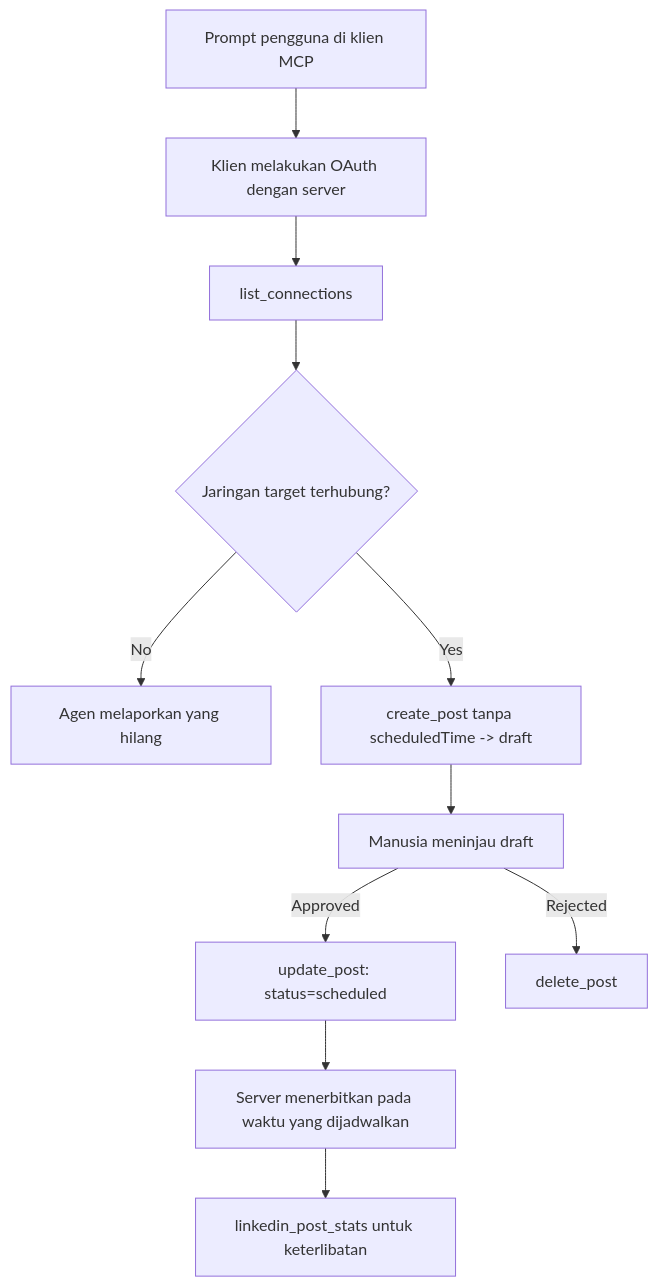
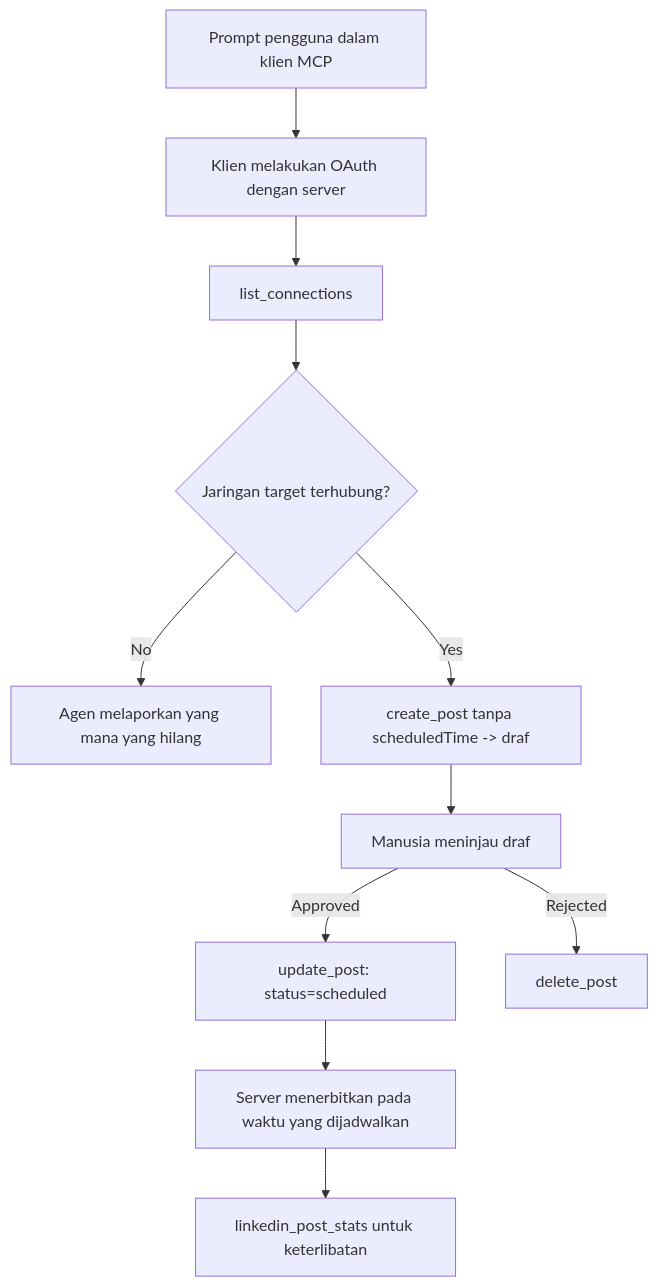
One commit to microsoft/mcp-for-beginners changed the diagram in translations/id/09-CaseStudy/publora-social-publishing.md. Above: the diagram before and after it, drawn with Mermaid. The commit also changed other lines of this file and 152 other files, not shown here.

````diff
--- a/translations/id/09-CaseStudy/publora-social-publishing.md
+++ b/translations/id/09-CaseStudy/publora-social-publishing.md
@@ -47,13 +47,13 @@
 ```mermaid
 flowchart TD
-    A[Prompt pengguna di klien MCP] --> B[Klien melakukan OAuth dengan server]
+    A[Prompt pengguna dalam klien MCP] --> B[Klien melakukan OAuth dengan server]
     B --> C[list_connections]
     C --> D{Jaringan target terhubung?}
-    D -- No --> E[Agen melaporkan yang hilang]
-    D -- Yes --> F[create_post tanpa scheduledTime -> draft]
-    F --> G[Manusia meninjau draft]
+    D -- No --> E[Agen melaporkan yang mana yang hilang]
+    D -- Yes --> F[create_post tanpa scheduledTime -> draf]
+    F --> G[Manusia meninjau draf]
     G -- Approved --> H[update_post: status=scheduled]
     G -- Rejected --> I[delete_post]
     H --> J[Server menerbitkan pada waktu yang dijadwalkan]
     J --> K[linkedin_post_stats untuk keterlibatan]
 ```
````
